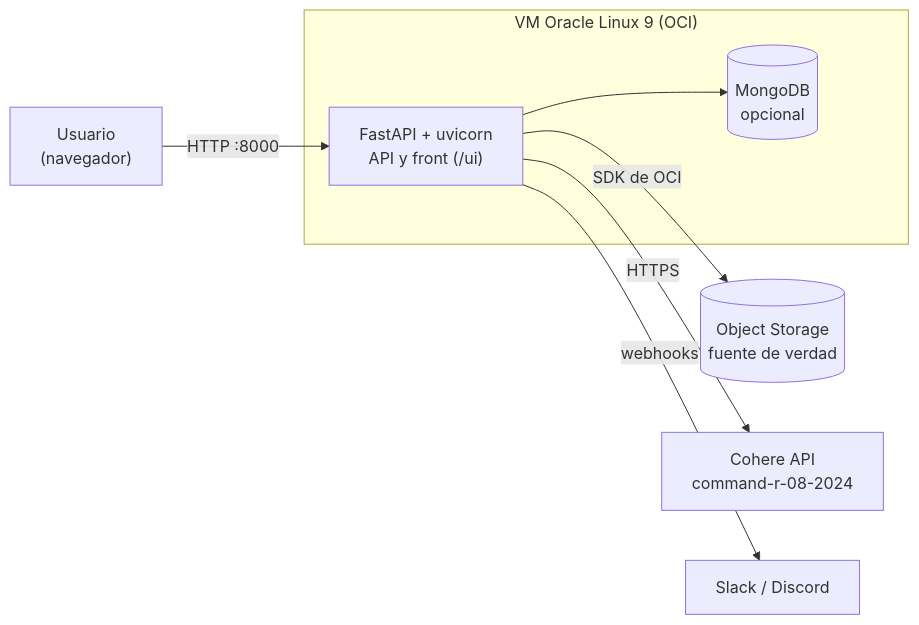
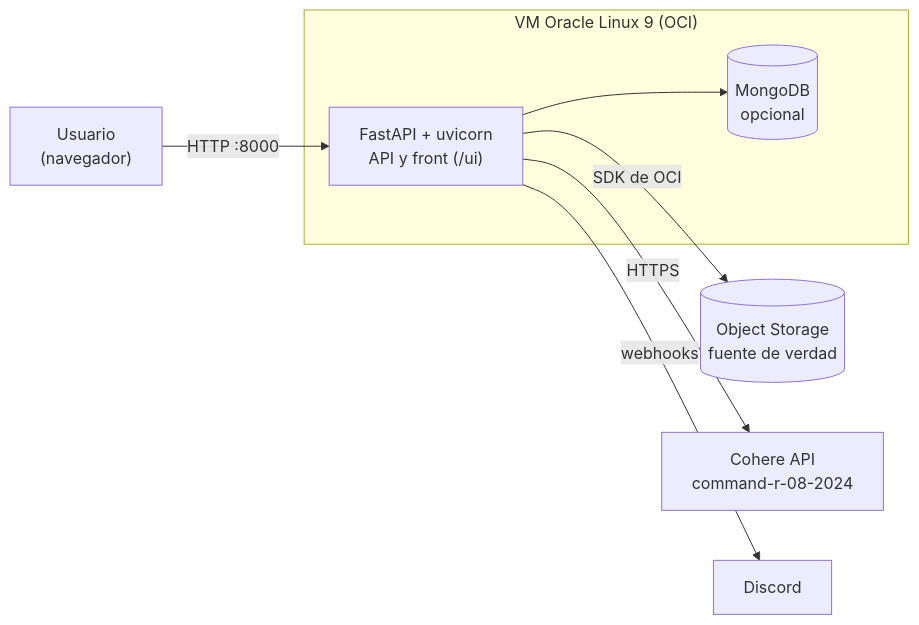
One commit to No-Country-simulation/G10-Latam-Equipo51-Power-CommunityLab changed the first of 4 diagrams in README.md. Above: the diagram before and after it, drawn with Mermaid. The commit also changed other lines of this file, not shown here.

Commit message:
Update webhook reference from Slack/Discord to Discord

````diff
--- a/README.md
+++ b/README.md
@@ -57,14 +57,14 @@
 ```mermaid
 flowchart LR
     U["Usuario<br/>(navegador)"] -->|"HTTP :8000"| API
 
     subgraph VM["VM Oracle Linux 9 (OCI)"]
         API["FastAPI + uvicorn<br/>API y front (/ui)"]
         MDB[("MongoDB<br/>opcional")]
         API --> MDB
     end
 
     API -->|"SDK de OCI"| BKT[("Object Storage<br/>fuente de verdad")]
     API -->|"HTTPS"| COH["Cohere API<br/>command-r-08-2024"]
-    API -->|"webhooks"| SD["Slack / Discord"]
+    API -->|"webhooks"| SD["Discord"]
 ```
````
